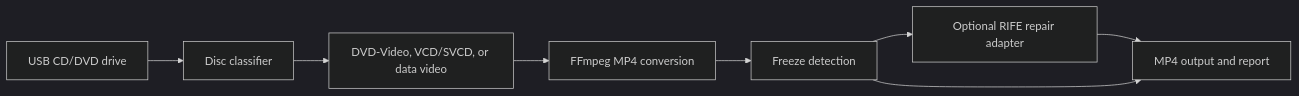
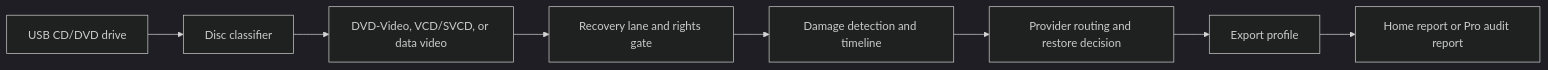
The diagram in README.md (shashank03-dev/rawcd), drawn with Mermaid (dark theme) before and after one commit. The commit also changed other lines of this file and 29 other files, not shown here.

````diff
--- a/README.md
+++ b/README.md
@@ -37,10 +46,10 @@
 ```mermaid
 flowchart LR
   A["USB CD/DVD drive"] --> B["Disc classifier"]
   B --> C["DVD-Video, VCD/SVCD, or data video"]
-  C --> D["FFmpeg MP4 conversion"]
-  D --> E["Freeze detection"]
-  E --> F["Optional RIFE repair adapter"]
-  F --> G["MP4 output and report"]
-  E --> G
+  C --> D["Recovery lane and rights gate"]
+  D --> E["Damage detection and timeline"]
+  E --> F["Provider routing and restore decision"]
+  F --> G["Export profile"]
+  G --> H["Home report or Pro audit report"]
 ```
````
